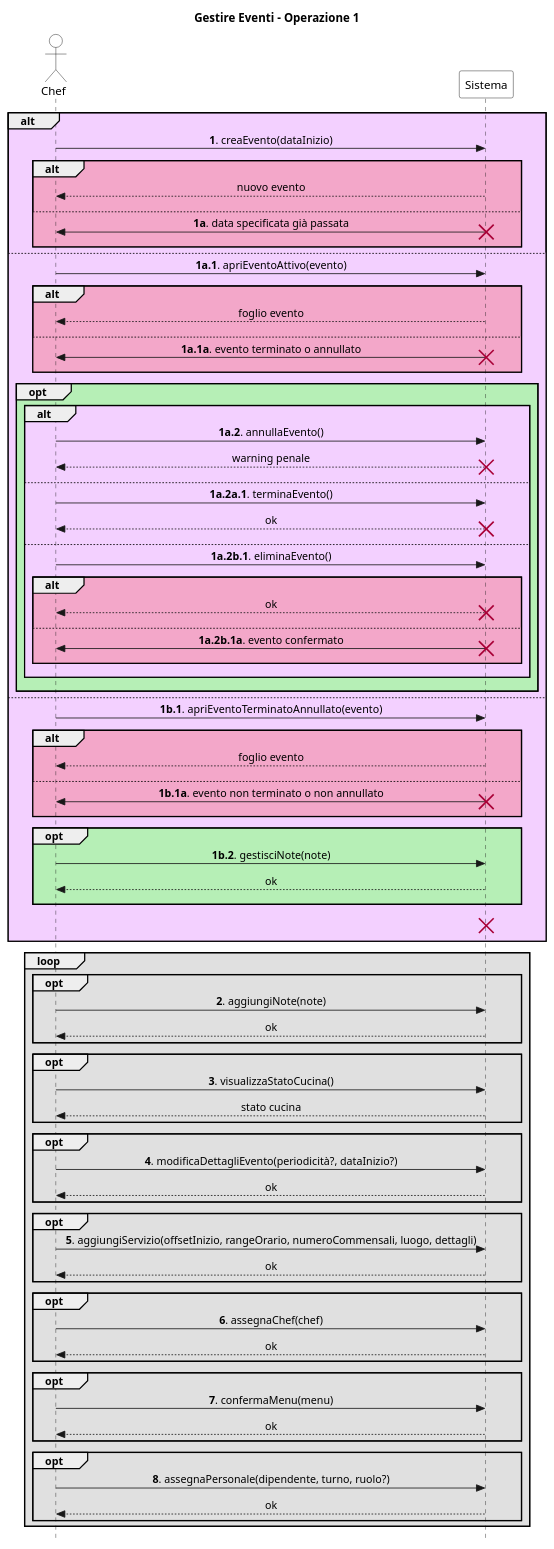
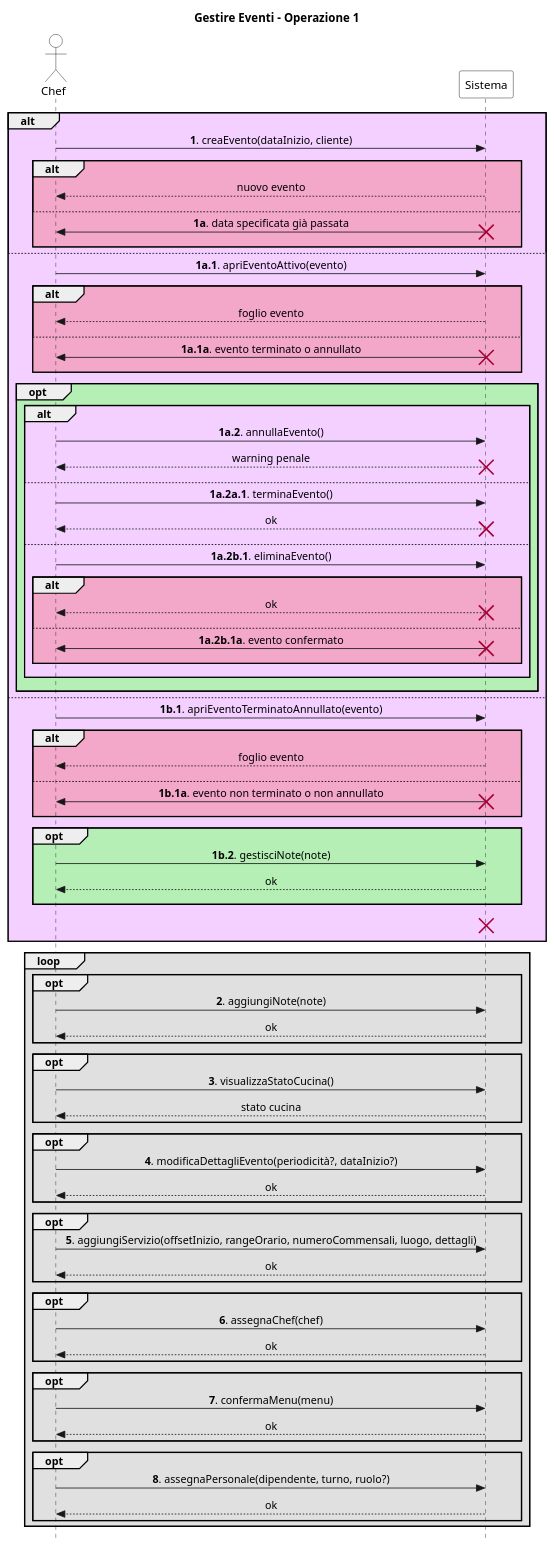
One commit to stefa168/sas-project changed the diagram in UP/Requisiti/UC Gestire Eventi/SSD/Estensioni-Eccezioni Op1.puml. Above: the diagram before and after it, drawn with PlantUML. The commit also changed 2 other files, not shown here.

```diff
--- a/UP/Requisiti/UC Gestire Eventi/SSD/Estensioni-Eccezioni Op1.puml
+++ b/UP/Requisiti/UC Gestire Eventi/SSD/Estensioni-Eccezioni Op1.puml
@@ -1,124 +1,124 @@
 @startuml
 skinparam Style strictuml
 skinparam SequenceMessageAlign center
 
 skinparam sequence {
     ActorBorderColor Black
     ActorBackgroundColor White
     ParticipantBorderColor Black
     ParticipantBackgroundColor White
 }
 
 actor Chef
 participant Sistema
 
 title Gestire Eventi - Operazione 1
 
 alt #f3d0ff
-    Chef -> Sistema: **1**. creaEvento(dataInizio)
+    Chef -> Sistema: **1**. creaEvento(dataInizio, cliente)
     alt #f3a7c9
         return nuovo evento
         ||10||
     else
         Chef <- Sistema: **1a**. data specificata già passata
         destroy Sistema
         ||10||
     end
 else
     Chef -> Sistema: **1a.1**. apriEventoAttivo(evento)
     alt #f3a7c9
         return foglio evento
         ||10||
     else
         Chef <- Sistema: **1a.1a**. evento terminato o annullato
         destroy Sistema
         ||10||
     end
 
     opt #b6efb6
         alt #f3d0ff
             Chef -> Sistema: **1a.2**. annullaEvento()
             return warning penale
             destroy Sistema
             ||10||
         else
             Chef -> Sistema: **1a.2a.1**. terminaEvento()
             return ok
             destroy Sistema
             ||10||
         else
             Chef -> Sistema: **1a.2b.1**. eliminaEvento()
             alt #f3a7c9
                 return ok
                 destroy Sistema
                 ||10||
             else
                Chef <- Sistema: **1a.2b.1a**. evento confermato
                destroy Sistema
                ||10||
             end
             ||10||
         end
         ' non abbiamo modo di modificare il colore della X
         ||10||
     end
 else
     Chef -> Sistema: **1b.1**. apriEventoTerminatoAnnullato(evento)
     alt #f3a7c9
         return foglio evento
         ||10||
     else
         Chef <- Sistema: **1b.1a**. evento non terminato o non annullato
         destroy Sistema
         ||10||
     end
 
     opt #b6efb6
         Chef -> Sistema: **1b.2**. gestisciNote(note)
         return ok
         ||10||
     end
 
     ||10||
     destroy Sistema
 '    note over Chef, Sistema #fff: Il caso d'uso termina.
     ||10||
 end
 
 loop #e0e0e0
     opt #e0e0e0
         Chef -> Sistema: **2**. aggiungiNote(note)
         return ok
     end
 
     opt #e0e0e0
         Chef -> Sistema: **3**. visualizzaStatoCucina()
         return stato cucina
     end
 
     opt #e0e0e0
         Chef -> Sistema: **4**. modificaDettagliEvento(periodicità?, dataInizio?)
         return ok
     end
 
     opt #e0e0e0
         Chef -> Sistema: **5**. aggiungiServizio(offsetInizio, rangeOrario, numeroCommensali, luogo, dettagli)
         return ok
     end
 
     opt #e0e0e0
         Chef -> Sistema: **6**. assegnaChef(chef)
         return ok
     end
 
     opt #e0e0e0
         Chef -> Sistema: **7**. confermaMenu(menu)
         return ok
     end
 
     opt #e0e0e0
         Chef -> Sistema: **8**. assegnaPersonale(dipendente, turno, ruolo?)
         return ok
     end
 end
 @enduml
```
